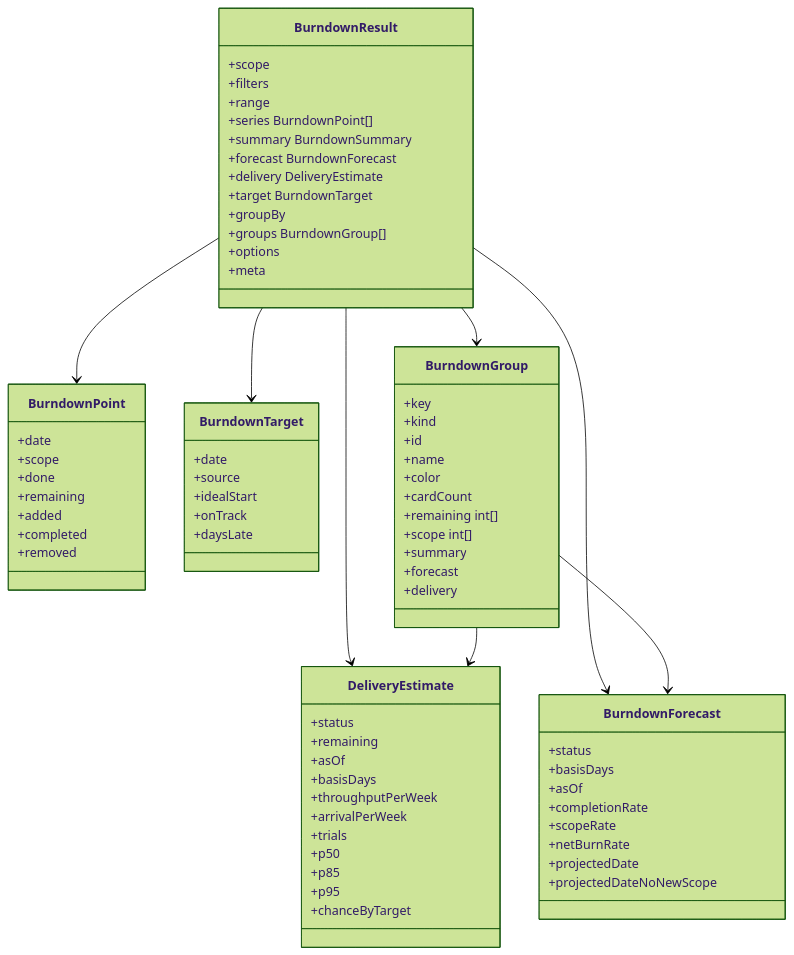
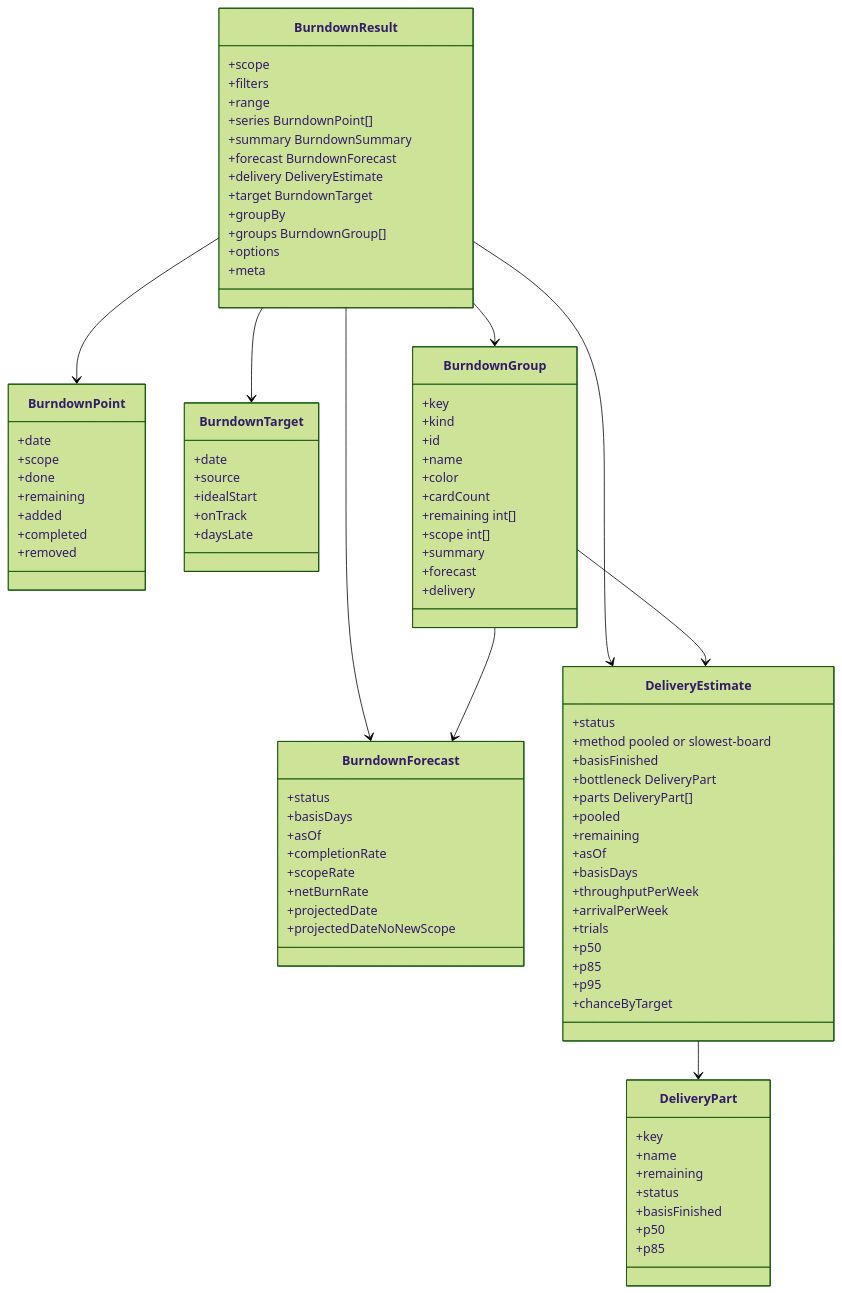
The seventh of 7 diagrams in docs/burndown-charts.md (gitBoon/DumpFire), drawn with Mermaid (forest theme) before and after one commit. The commit also changed other lines of this file and 9 other files, not shown here.

First line of the commit message:
feat: enhance delivery estimation for multi-board scenarios

```diff
--- a/docs/burndown-charts.md
+++ b/docs/burndown-charts.md
@@ -431,6 +475,11 @@
     }
     class DeliveryEstimate {
         +status
+        +method pooled or slowest-board
+        +basisFinished
+        +bottleneck DeliveryPart
+        +parts DeliveryPart[]
+        +pooled
         +remaining
         +asOf
         +basisDays
@@ -441,6 +490,15 @@
         +p85
         +p95
         +chanceByTarget
+    }
+    class DeliveryPart {
+        +key
+        +name
+        +remaining
+        +status
+        +basisFinished
+        +p50
+        +p85
     }
     class BurndownTarget {
         +date
@@ -465,6 +523,7 @@
     BurndownResult --> BurndownPoint
     BurndownResult --> DeliveryEstimate
     BurndownGroup --> DeliveryEstimate
+    DeliveryEstimate --> DeliveryPart
     BurndownResult --> BurndownForecast
     BurndownResult --> BurndownTarget
     BurndownResult --> BurndownGroup
```
